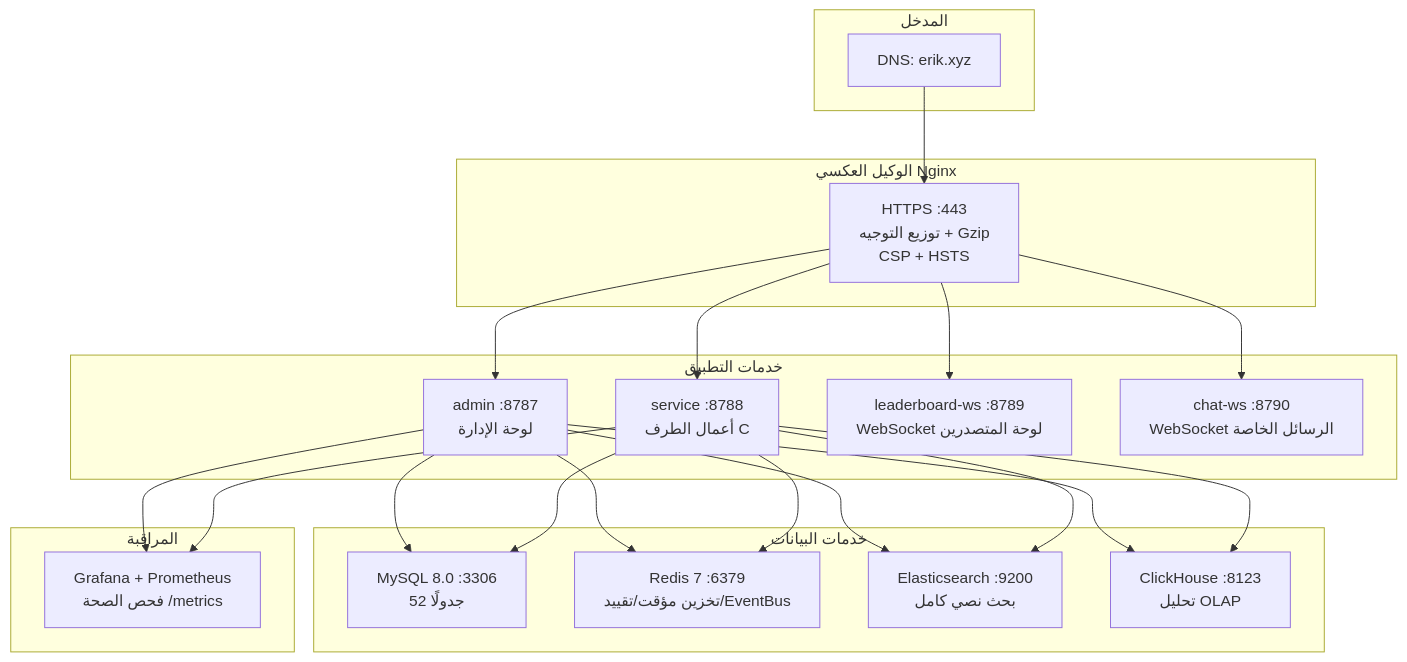
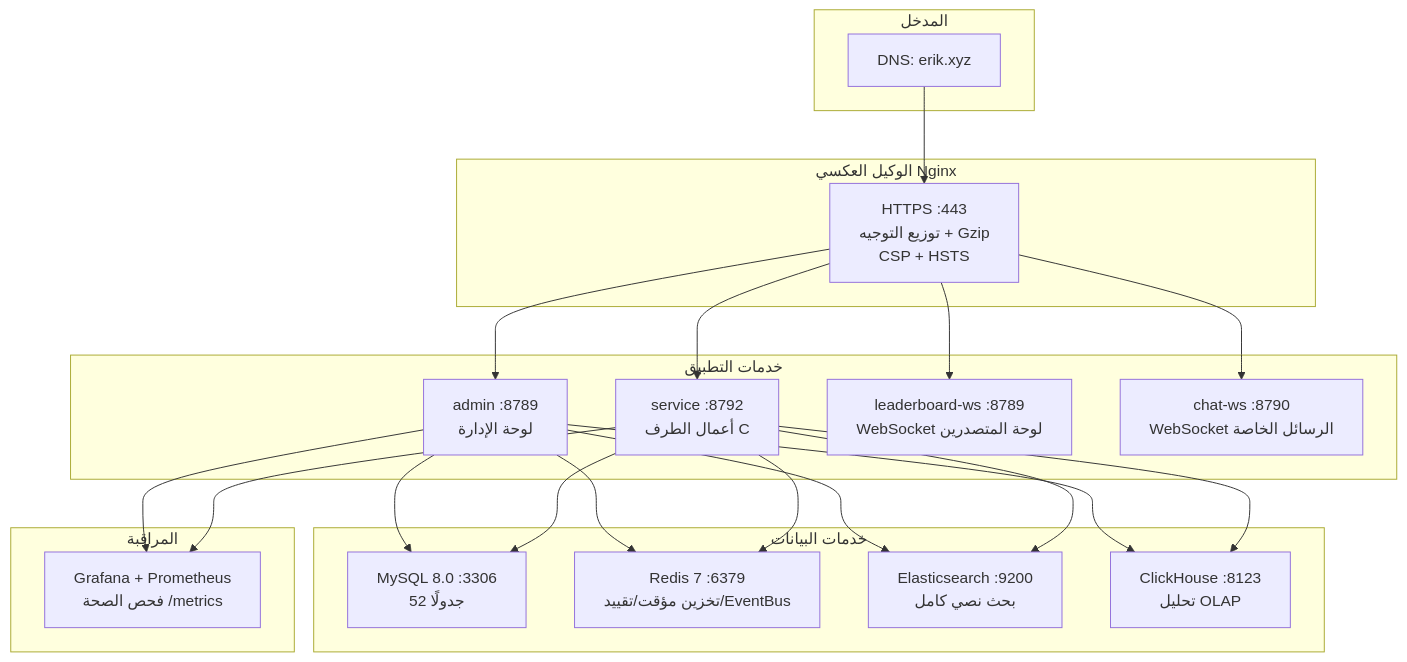
One commit to erikwang2013/game-platform-php changed the diagram in admin/docs/diagrams/12-deployment.ar.md. Above: the diagram before and after it, drawn with Mermaid. The commit also changed 265 other files, not shown here.

````diff
--- a/admin/docs/diagrams/12-deployment.ar.md
+++ b/admin/docs/diagrams/12-deployment.ar.md
@@ -7,33 +7,33 @@
 ```mermaid
 flowchart TB
     subgraph "المدخل"
         DNS["DNS: erik.xyz"]
     end
 
     subgraph "الوكيل العكسي Nginx"
         NGX["HTTPS :443<br/>توزيع التوجيه + Gzip<br/>CSP + HSTS"]
     end
 
     subgraph "خدمات التطبيق"
-        ADM["admin :8787<br/>لوحة الإدارة"]
-        SVC["service :8788<br/>أعمال الطرف C"]
+        ADM["admin :8789<br/>لوحة الإدارة"]
+        SVC["service :8792<br/>أعمال الطرف C"]
         LB["leaderboard-ws :8789<br/>WebSocket لوحة المتصدرين"]
         CHAT["chat-ws :8790<br/>WebSocket الرسائل الخاصة"]
     end
 
     subgraph "خدمات البيانات"
         MYSQL["MySQL 8.0 :3306<br/>52 جدولًا"]
         REDIS["Redis 7 :6379<br/>تخزين مؤقت/تقييد/EventBus"]
         ES["Elasticsearch :9200<br/>بحث نصي كامل"]
         CH["ClickHouse :8123<br/>تحليل OLAP"]
     end
 
     subgraph "المراقبة"
         MON["Grafana + Prometheus<br/>فحص الصحة /metrics"]
     end
 
     DNS --> NGX
     NGX --> ADM & SVC & LB & CHAT
     ADM & SVC --> MYSQL & REDIS & ES & CH
     ADM & SVC --> MON
 ```
````
